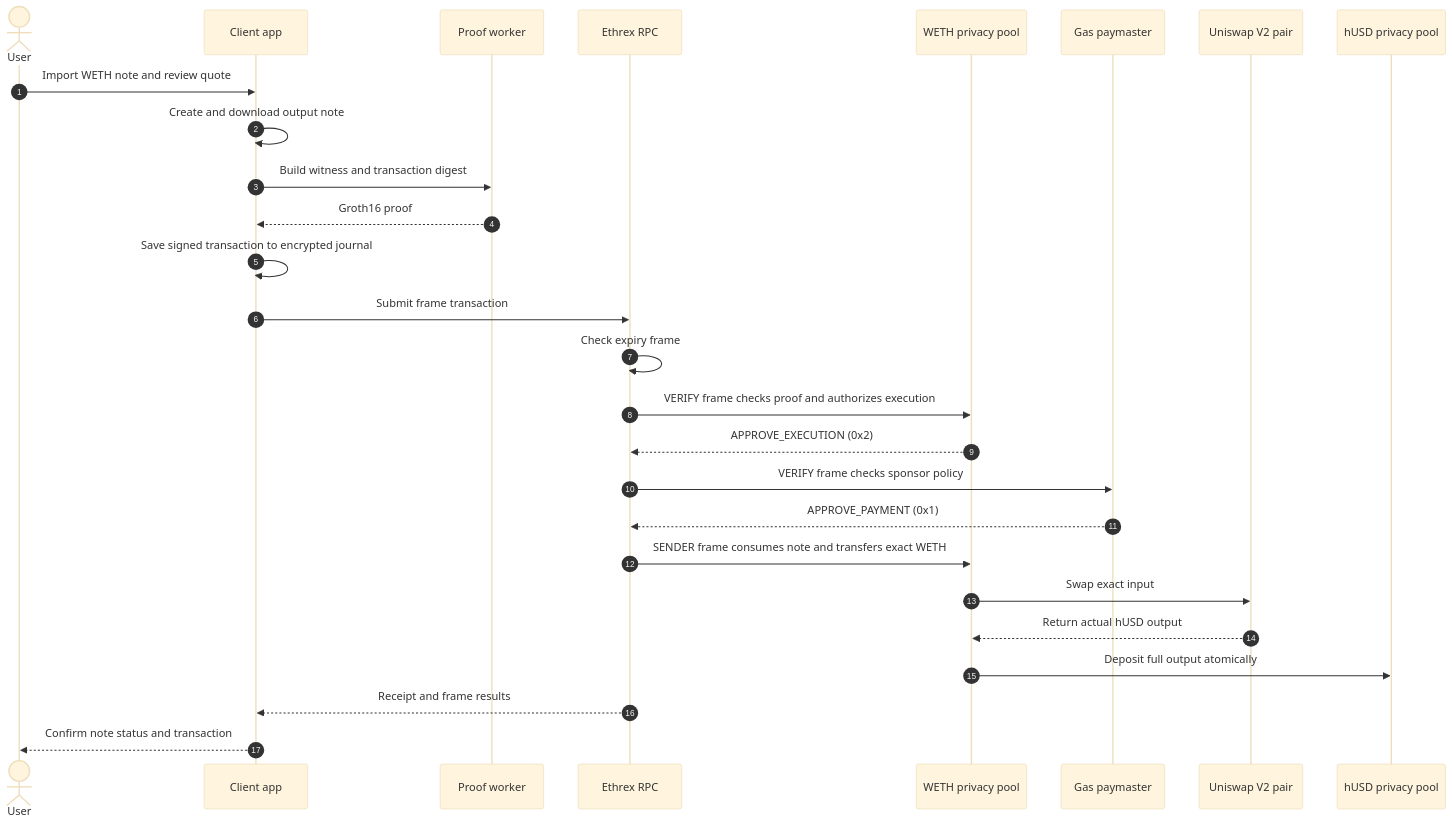
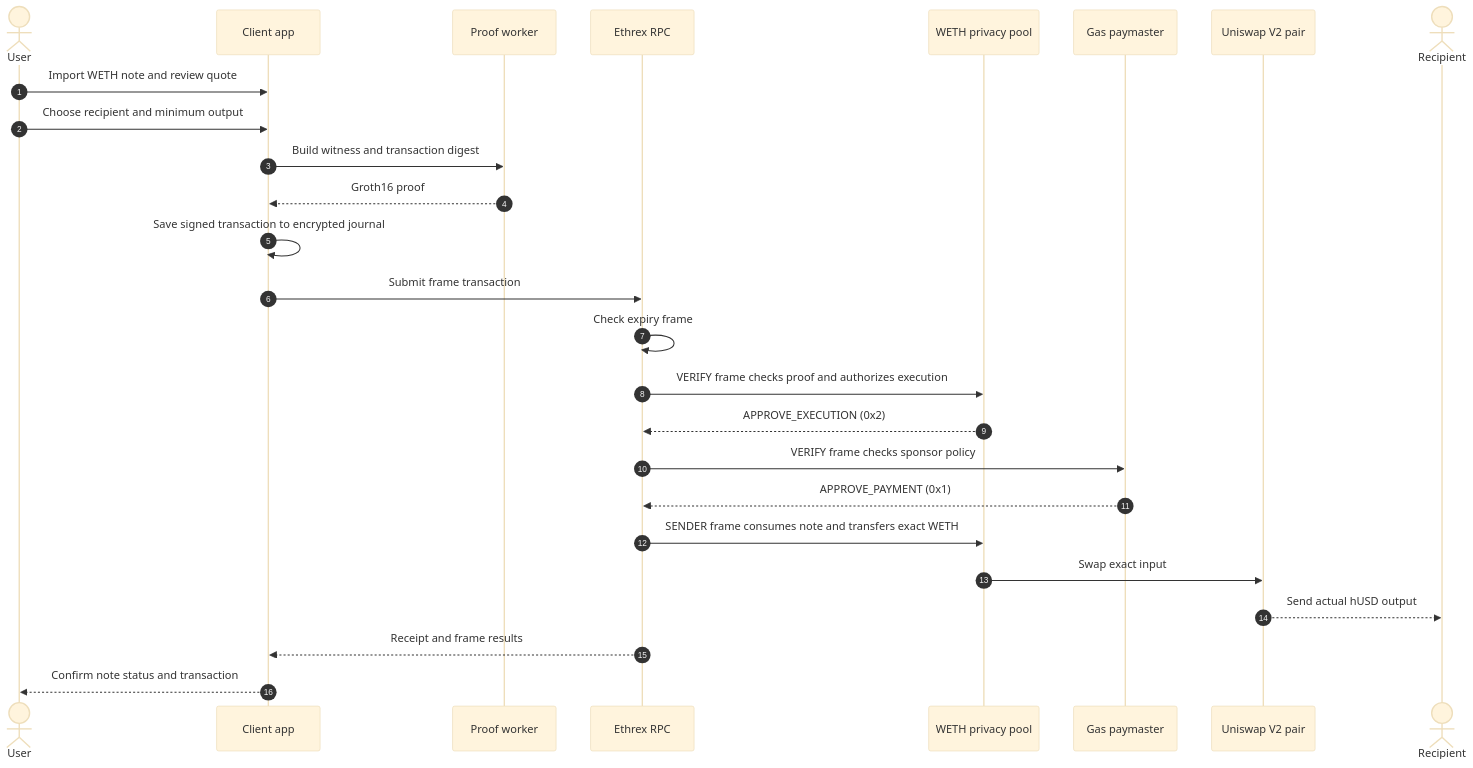
The second of 2 diagrams in README.md (deepakA18/himitsu), drawn with Mermaid (base theme) before and after one commit. The commit also changed other lines of this file and 35 other files, not shown here.

Commit message:
Add atomic swap and withdraw flow

````diff
--- a/README.md
+++ b/README.md
@@ -86,30 +81,29 @@
 ```mermaid
 sequenceDiagram
     autonumber
     actor User
     participant App as Client app
     participant Worker as Proof worker
     participant RPC as Ethrex RPC
     participant Pool as WETH privacy pool
     participant Paymaster as Gas paymaster
     participant Pair as Uniswap V2 pair
-    participant Output as hUSD privacy pool
+    actor Recipient
 
     User->>App: Import WETH note and review quote
-    App->>App: Create and download output note
+    User->>App: Choose recipient and minimum output
     App->>Worker: Build witness and transaction digest
     Worker-->>App: Groth16 proof
     App->>App: Save signed transaction to encrypted journal
     App->>RPC: Submit frame transaction
     RPC->>RPC: Check expiry frame
     RPC->>Pool: VERIFY frame checks proof and authorizes execution
     Pool-->>RPC: APPROVE_EXECUTION (0x2)
     RPC->>Paymaster: VERIFY frame checks sponsor policy
     Paymaster-->>RPC: APPROVE_PAYMENT (0x1)
     RPC->>Pool: SENDER frame consumes note and transfers exact WETH
     Pool->>Pair: Swap exact input
-    Pair-->>Pool: Return actual hUSD output
-    Pool->>Output: Deposit full output atomically
+    Pair-->>Recipient: Send actual hUSD output
     RPC-->>App: Receipt and frame results
     App-->>User: Confirm note status and transaction
 ```
````
